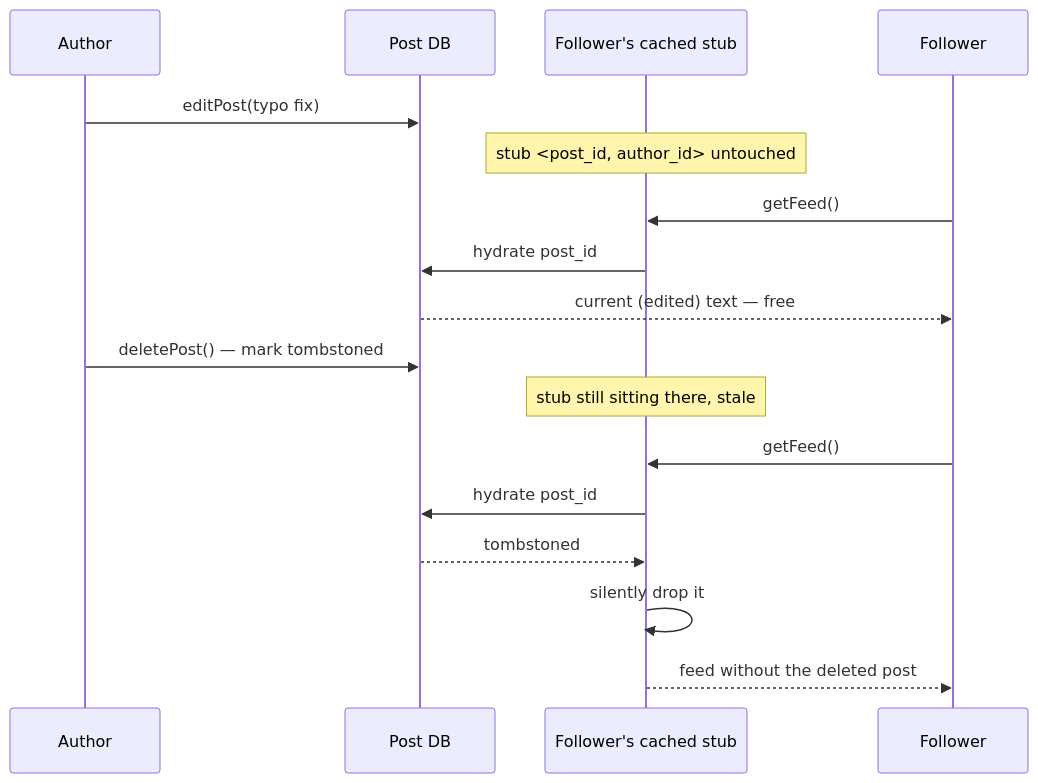
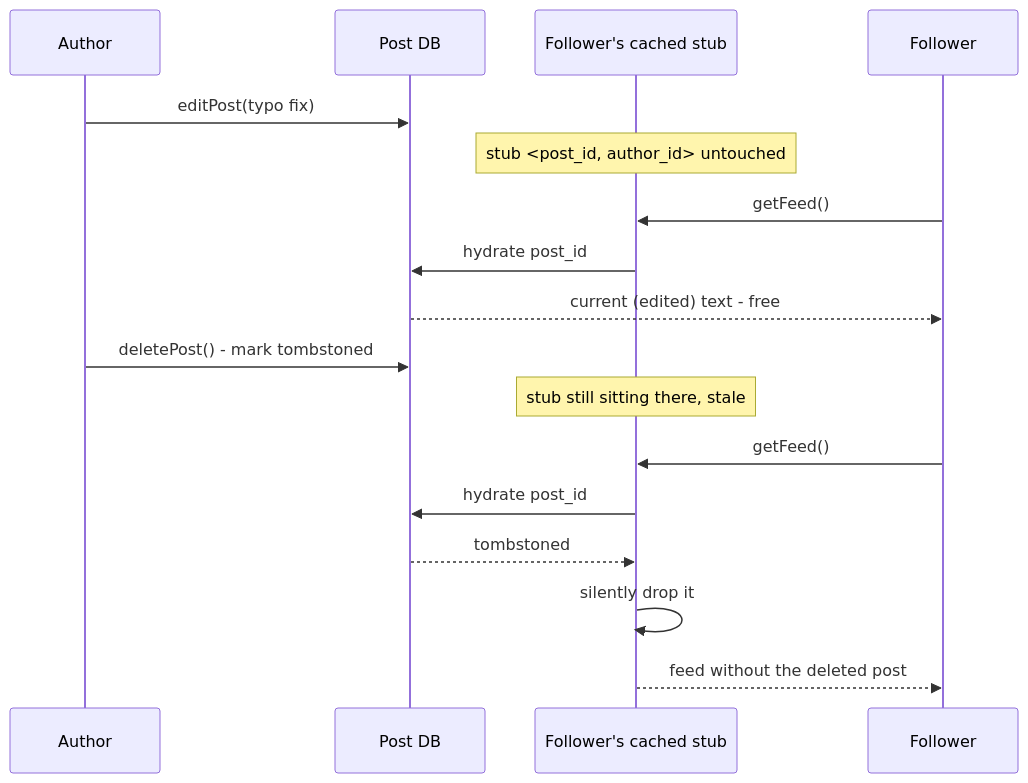
Before and after one commit to riyaz-pasha/Learnings: the eighth of 13 diagrams in system-design/HLD/0-course/32-Design Newsfeed System-FAANG-Guide-story.md, drawn with Mermaid. The commit also changed other lines of this file and 5 other files, not shown here.

Commit message:
[REWRITE] Design Newsfeed story guide: simplify prose, add structure, fix diagrams

````diff
--- a/system-design/HLD/0-course/32-Design Newsfeed System-FAANG-Guide-story.md
+++ b/system-design/HLD/0-course/32-Design Newsfeed System-FAANG-Guide-story.md
@@ -196,21 +455,21 @@
 ```mermaid
 sequenceDiagram
     participant Author
     participant PostDB as Post DB
     participant Stub as Follower's cached stub
     participant Follower
 
     Author->>PostDB: editPost(typo fix)
     Note over Stub: stub <post_id, author_id> untouched
     Follower->>Stub: getFeed()
     Stub->>PostDB: hydrate post_id
-    PostDB-->>Follower: current (edited) text — free
+    PostDB-->>Follower: current (edited) text - free
 
-    Author->>PostDB: deletePost() — mark tombstoned
+    Author->>PostDB: deletePost() - mark tombstoned
     Note over Stub: stub still sitting there, stale
     Follower->>Stub: getFeed()
     Stub->>PostDB: hydrate post_id
     PostDB-->>Stub: tombstoned
     Stub->>Stub: silently drop it
     Stub-->>Follower: feed without the deleted post
 ```
````
